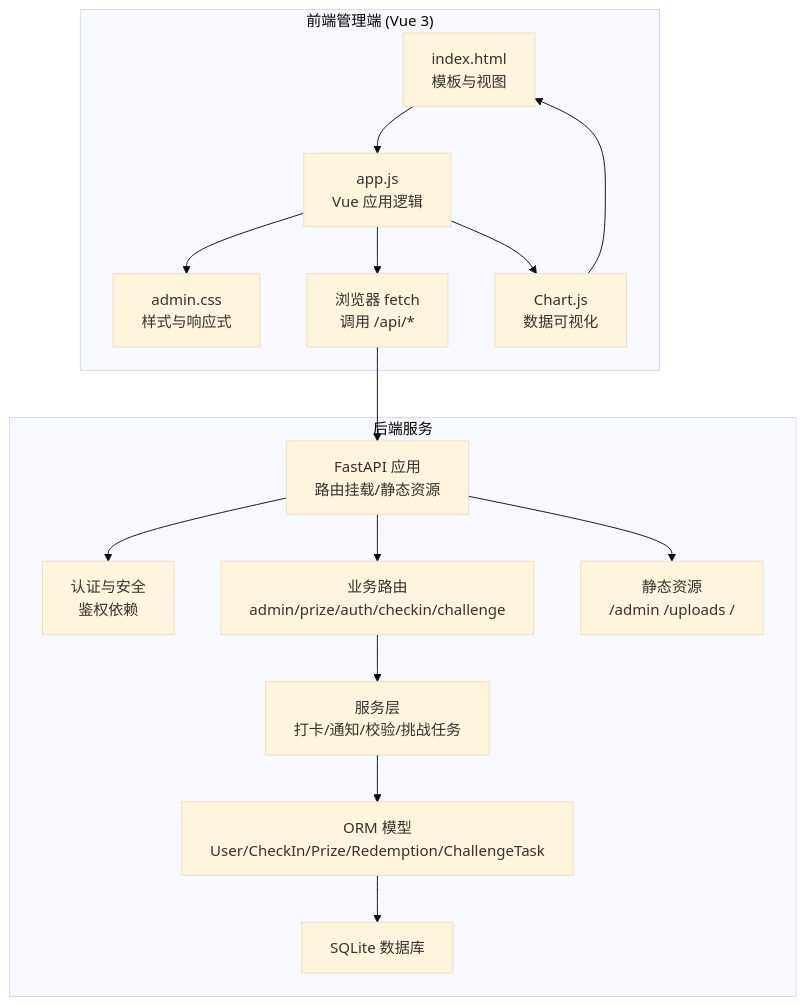
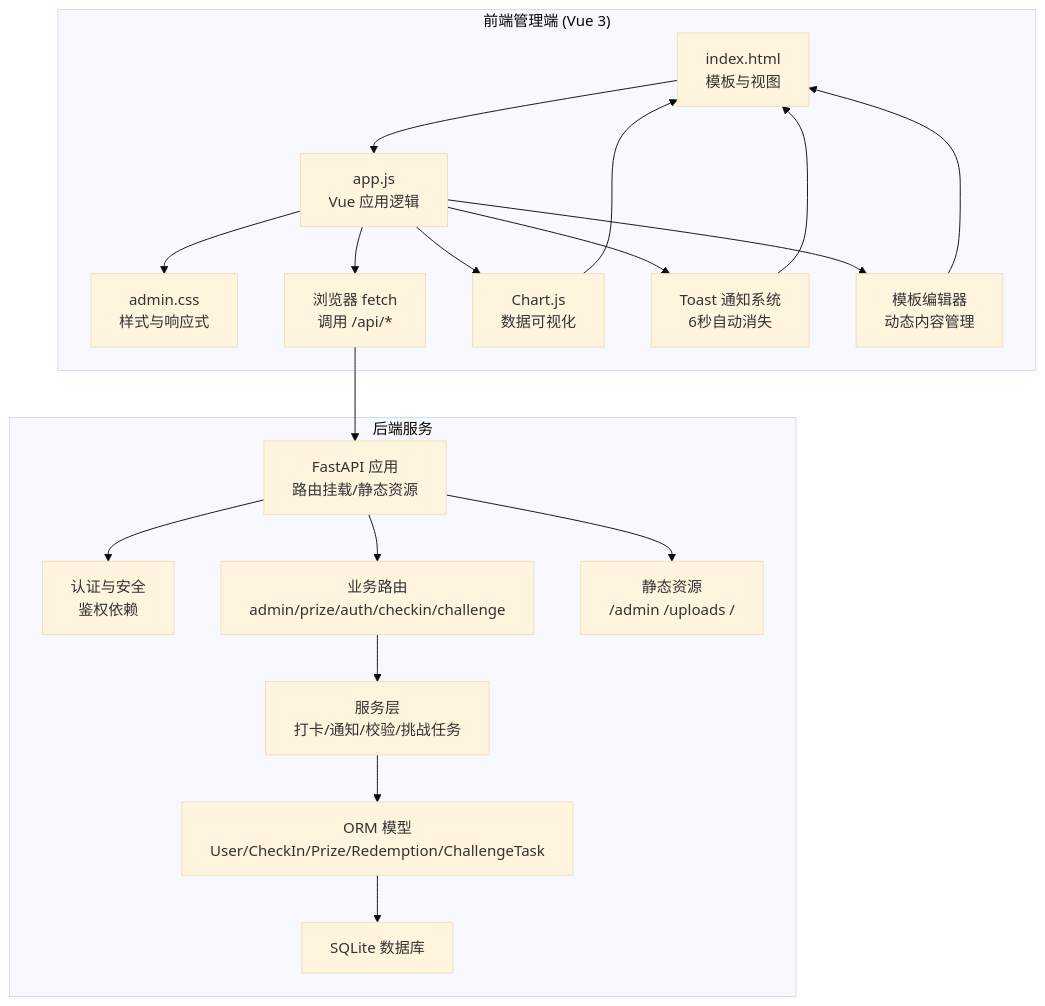
One commit to onebody/homework changed the first of 12 diagrams in .qoder/repowiki/zh/content/暑假作业打卡系统/前端应用设计/管理后台应用.md. Above: the diagram before and after it, drawn with Mermaid (base theme). The commit also changed other lines of this file and 15 other files, not shown here.

````diff
--- a/.qoder/repowiki/zh/content/暑假作业打卡系统/前端应用设计/管理后台应用.md
+++ b/.qoder/repowiki/zh/content/暑假作业打卡系统/前端应用设计/管理后台应用.md
@@ -55,19 +55,23 @@
 ```mermaid
 graph TB
 subgraph "后端服务"
 A["FastAPI 应用<br/>路由挂载/静态资源"] --> B["认证与安全<br/>鉴权依赖"]
 A --> C["业务路由<br/>admin/prize/auth/checkin/challenge"]
 C --> D["服务层<br/>打卡/通知/校验/挑战任务"]
 D --> E["ORM 模型<br/>User/CheckIn/Prize/Redemption/ChallengeTask"]
 E --> F["SQLite 数据库"]
 A --> G["静态资源<br/>/admin /uploads /"]
 end
 subgraph "前端管理端 (Vue 3)"
 H["index.html<br/>模板与视图"] --> I["app.js<br/>Vue 应用逻辑"]
 I --> J["admin.css<br/>样式与响应式"]
 I --> K["浏览器 fetch<br/>调用 /api/*"]
 I --> L["Chart.js<br/>数据可视化"]
+I --> M["Toast 通知系统<br/>6秒自动消失"]
+I --> N["模板编辑器<br/>动态内容管理"]
 end
 K --> A
 L --> H
+M --> H
+N --> H
 ```
````
